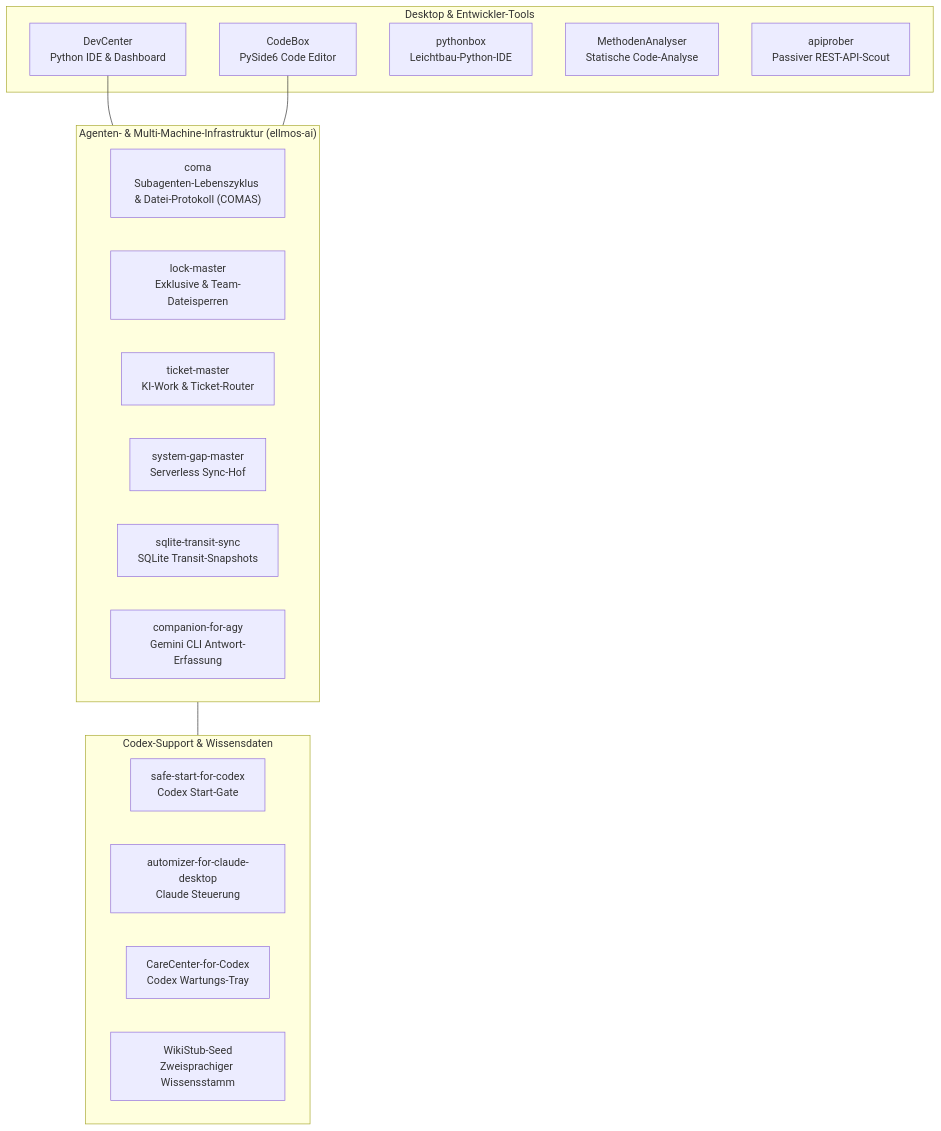
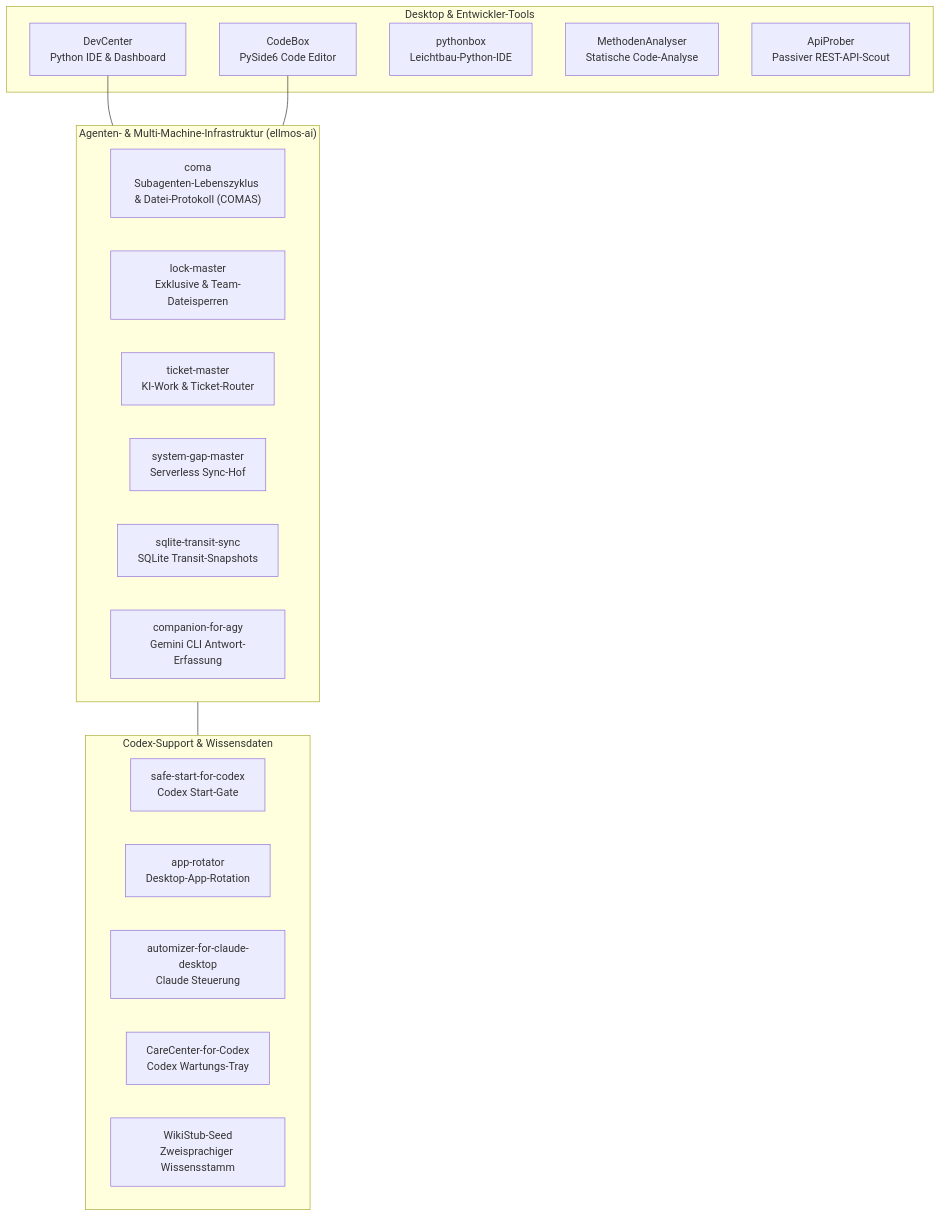
The diagram in profile/README_de.md (dev-bricks/.github), drawn with Mermaid before and after one commit. The commit also changed other lines of this file and 6 other files, not shown here.

````diff
--- a/profile/README_de.md
+++ b/profile/README_de.md
@@ -103,30 +106,31 @@
 ```mermaid
 flowchart TD
   subgraph IDE["Desktop & Entwickler-Tools"]
     DC["DevCenter<br/>Python IDE & Dashboard"]
     CB["CodeBox<br/>PySide6 Code Editor"]
     PB["pythonbox<br/>Leichtbau-Python-IDE"]
     MA["MethodenAnalyser<br/>Statische Code-Analyse"]
-    AP["apiprober<br/>Passiver REST-API-Scout"]
+    AP["ApiProber<br/>Passiver REST-API-Scout"]
   end
 
   subgraph INFRA["Agenten- & Multi-Machine-Infrastruktur (ellmos-ai)"]
     COM["coma<br/>Subagenten-Lebenszyklus & Datei-Protokoll (COMAS)"]
     LM["lock-master<br/>Exklusive & Team-Dateisperren"]
     TM["ticket-master<br/>KI-Work & Ticket-Router"]
     SGM["system-gap-master<br/>Serverless Sync-Hof"]
     STS["sqlite-transit-sync<br/>SQLite Transit-Snapshots"]
     AGY["companion-for-agy<br/>Gemini CLI Antwort-Erfassung"]
   end
 
   subgraph AGENT["Codex-Support & Wissensdaten"]
     SSC["safe-start-for-codex<br/>Codex Start-Gate"]
+    APR["app-rotator<br/>Desktop-App-Rotation"]
     ACD["automizer-for-claude-desktop<br/>Claude Steuerung"]
     CCC["CareCenter-for-Codex<br/>Codex Wartungs-Tray"]
     WSS["WikiStub-Seed<br/>Zweisprachiger Wissensstamm"]
   end
 
   DC --- INFRA
   CB --- INFRA
   INFRA --- AGENT
 ```
````
